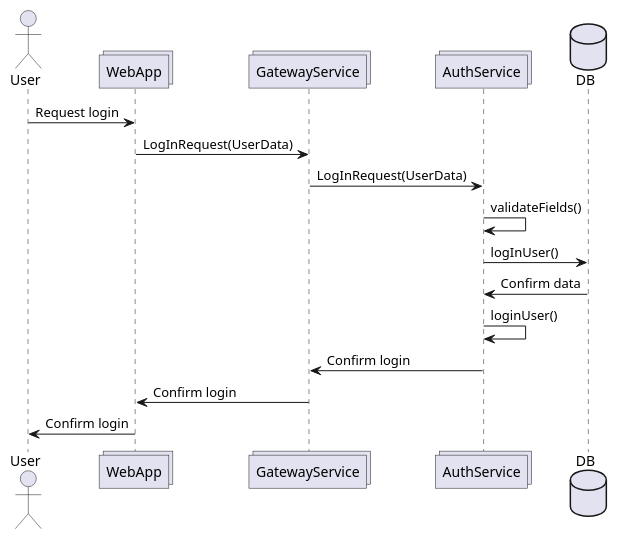
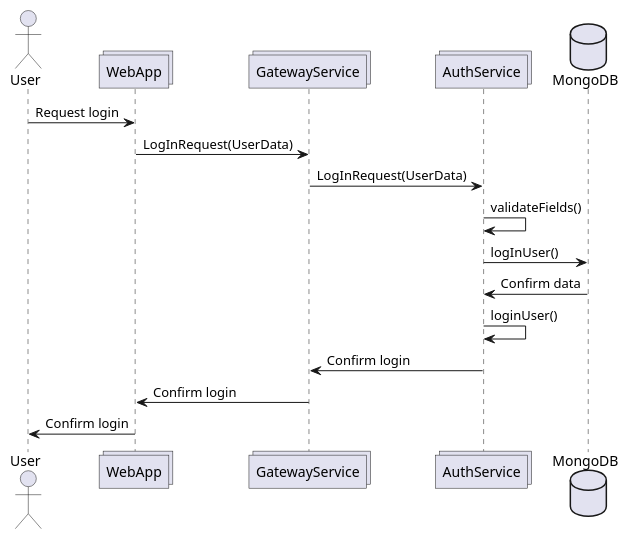
One commit to Arquisoft/wichat_es3b changed the second of 5 diagrams in docs/src/06_runtime_view.adoc. Above: the diagram before and after it, drawn with PlantUML. The commit also changed other lines of this file and 14 other files, not shown here.

```diff
--- a/docs/src/06_runtime_view.adoc
+++ b/docs/src/06_runtime_view.adoc
@@ -65,19 +65,19 @@
 [plantuml,"LogIn diagram",svg]
 ----
 actor User
 collections WebApp
 collections GatewayService
 collections AuthService
-database DB
+database DB as "MongoDB"
 
 User -> WebApp: Request login
 WebApp -> GatewayService: LogInRequest(UserData)
 GatewayService  -> AuthService: LogInRequest(UserData)
 AuthService -> AuthService: validateFields()
 AuthService  -> DB: logInUser()
 DB -> AuthService: Confirm data
 AuthService -> AuthService: loginUser()
 AuthService -> GatewayService: Confirm login
 GatewayService -> WebApp: Confirm login
 WebApp -> User: Confirm login
 ----
```
